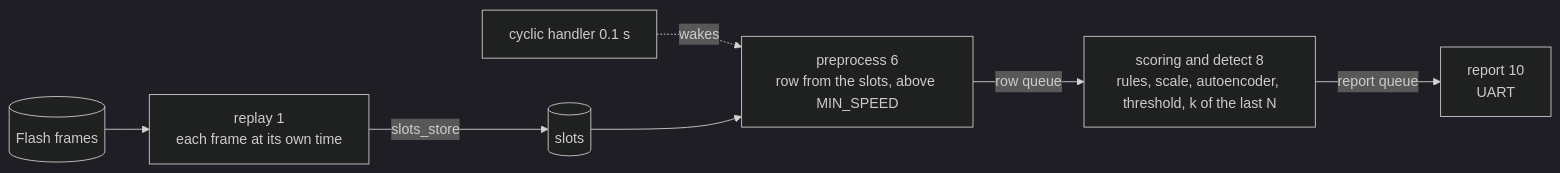
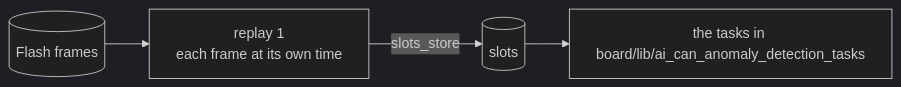
One commit to asana17/ai_can_anomaly_detection changed the diagram in board/application/can_path_from_flash/README.md. Above: the diagram before and after it, drawn with Mermaid (dark theme). The commit also changed other lines of this file and 2 other files, not shown here.

Commit message:
docs(board): move the task docs beside the tasks

````diff
--- a/board/application/can_path_from_flash/README.md
+++ b/board/application/can_path_from_flash/README.md
@@ -6,9 +6,6 @@
 ```mermaid
 flowchart LR
     frames[(Flash frames)] --> replay["replay 1<br/>each frame at its own time"]
     replay -- slots_store --> slots[(slots)]
-    tick[cyclic handler 0.1 s] -. wakes .-> pre
-    slots --> pre["preprocess 6<br/>row from the slots, above MIN_SPEED"]
-    pre -- row queue --> sd["scoring and detect 8<br/>rules, scale, autoencoder, threshold, k of the last N"]
-    sd -- report queue --> report["report 10<br/>UART"]
+    slots --> tasks["the tasks in board/lib/ai_can_anomaly_detection_tasks"]
 ```
````
